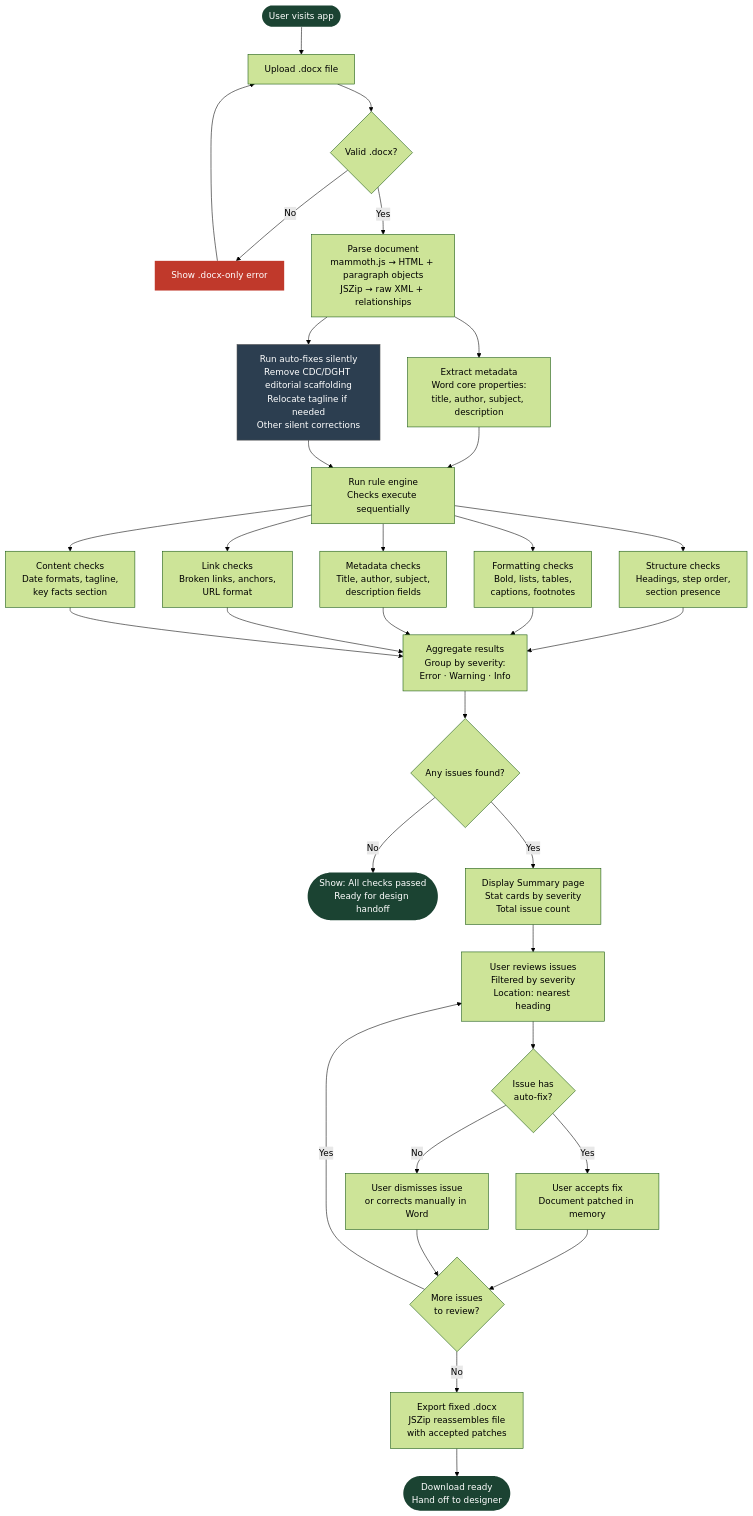
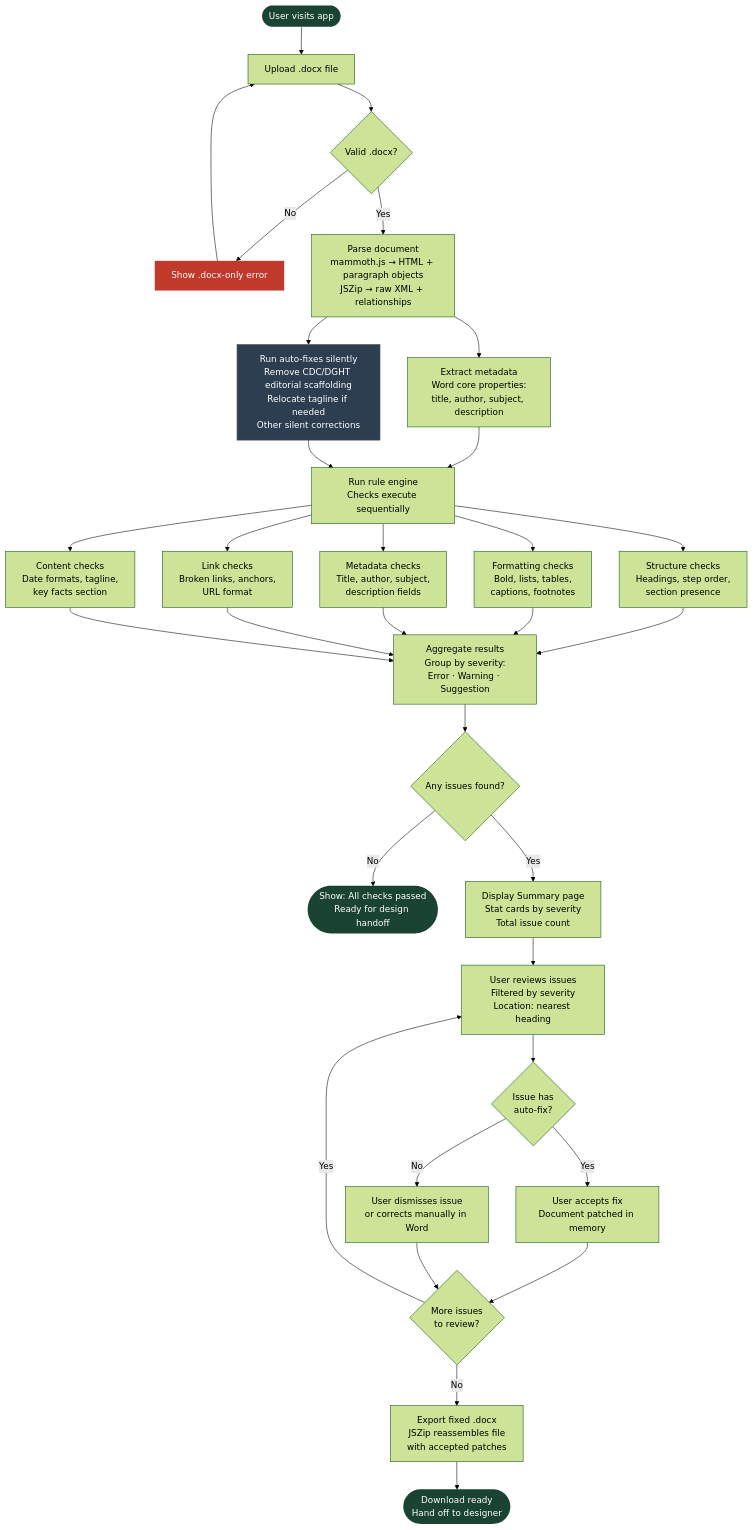
One commit to agilesix/nofo-design-prep-checker changed the diagram in docs/workflow.mermaid. Above: the diagram before and after it, drawn with Mermaid (forest theme).

```diff
--- a/docs/workflow.mermaid
+++ b/docs/workflow.mermaid
@@ -1,52 +1,52 @@
 flowchart TD
     A([User visits app]) --> B[Upload .docx file]
     B --> C{Valid .docx?}
     C -- No --> D[Show .docx-only error]
     D --> B
 
     C -- Yes --> E[Parse document\nmammoth.js → HTML + paragraph objects\nJSZip → raw XML + relationships]
 
     E --> F[Extract metadata\nWord core properties:\ntitle, author, subject, description]
 
     E --> G[Run auto-fixes silently\nRemove CDC/DGHT editorial scaffolding\nRelocate tagline if needed\nOther silent corrections]
 
     F --> H
     G --> H
 
     H[Run rule engine\nChecks execute sequentially]
 
     H --> H1[Structure checks\nHeadings, step order,\nsection presence]
     H --> H2[Formatting checks\nBold, lists, tables,\ncaptions, footnotes]
     H --> H3[Metadata checks\nTitle, author, subject,\ndescription fields]
     H --> H4[Link checks\nBroken links, anchors,\nURL format]
     H --> H5[Content checks\nDate formats, tagline,\nkey facts section]
 
-    H1 & H2 & H3 & H4 & H5 --> I[Aggregate results\nGroup by severity:\nError · Warning · Info]
+    H1 & H2 & H3 & H4 & H5 --> I[Aggregate results\nGroup by severity:\nError · Warning · Suggestion]
 
     I --> J{Any issues found?}
 
     J -- No --> K([Show: All checks passed\nReady for design handoff])
 
     J -- Yes --> L[Display Summary page\nStat cards by severity\nTotal issue count]
 
     L --> M[User reviews issues\nFiltered by severity\nLocation: nearest heading]
 
     M --> N{Issue has\nauto-fix?}
 
     N -- Yes --> O[User accepts fix\nDocument patched in memory]
     N -- No --> P[User dismisses issue\nor corrects manually in Word]
 
     O --> Q
     P --> Q
 
     Q{More issues\nto review?}
     Q -- Yes --> M
     Q -- No --> R[Export fixed .docx\nJSZip reassembles file\nwith accepted patches]
 
     R --> S([Download ready\nHand off to designer])
 
     style A fill:#1b4332,color:#fff,stroke:none
     style S fill:#1b4332,color:#fff,stroke:none
     style K fill:#1b4332,color:#fff,stroke:none
     style D fill:#c0392b,color:#fff,stroke:none
     style G fill:#2c3e50,color:#fff,stroke:#555
```
